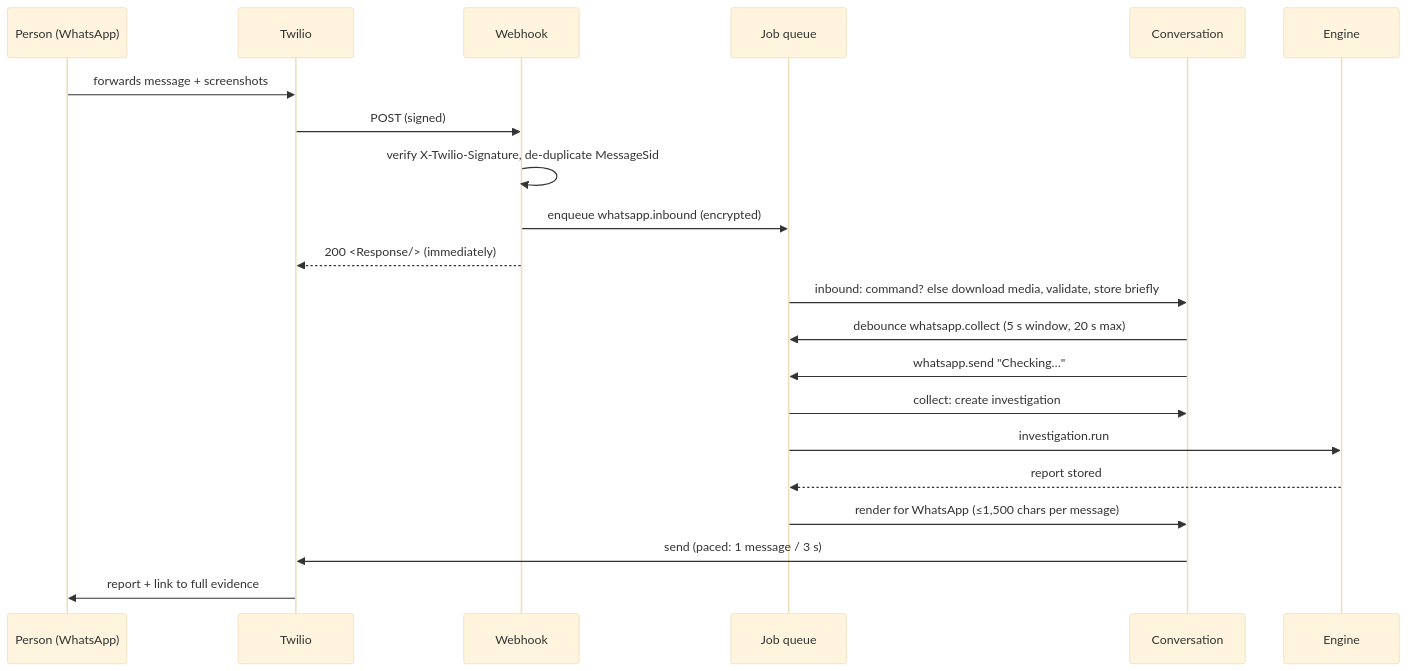
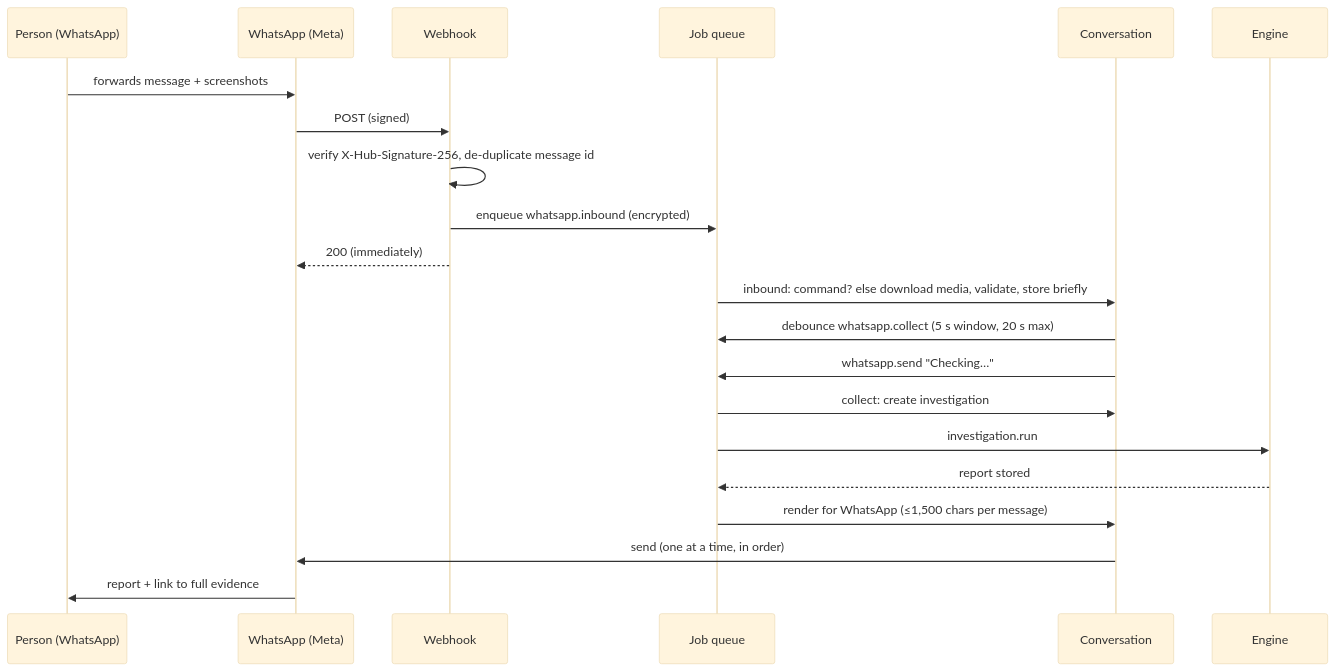
One commit to Anushika06/Jaanch changed the third of 3 diagrams in docs/architecture.md. Above: the diagram before and after it, drawn with Mermaid (base theme). The commit also changed other lines of this file and 37 other files, not shown here.

````diff
--- a/docs/architecture.md
+++ b/docs/architecture.md
@@ -113,23 +115,23 @@
 ```mermaid
 sequenceDiagram
   participant P as Person (WhatsApp)
-  participant T as Twilio
+  participant T as WhatsApp (Meta)
   participant W as Webhook
   participant Q as Job queue
   participant C as Conversation
   participant E as Engine
   P->>T: forwards message + screenshots
   T->>W: POST (signed)
-  W->>W: verify X-Twilio-Signature, de-duplicate MessageSid
+  W->>W: verify X-Hub-Signature-256, de-duplicate message id
   W->>Q: enqueue whatsapp.inbound (encrypted)
-  W-->>T: 200 <Response/> (immediately)
+  W-->>T: 200 (immediately)
   Q->>C: inbound: command? else download media, validate, store briefly
   C->>Q: debounce whatsapp.collect (5 s window, 20 s max)
   C->>Q: whatsapp.send "Checking…"
   Q->>C: collect: create investigation
   Q->>E: investigation.run
   E-->>Q: report stored
   Q->>C: render for WhatsApp (≤1,500 chars per message)
-  C->>T: send (paced: 1 message / 3 s)
+  C->>T: send (one at a time, in order)
   T->>P: report + link to full evidence
 ```
````
